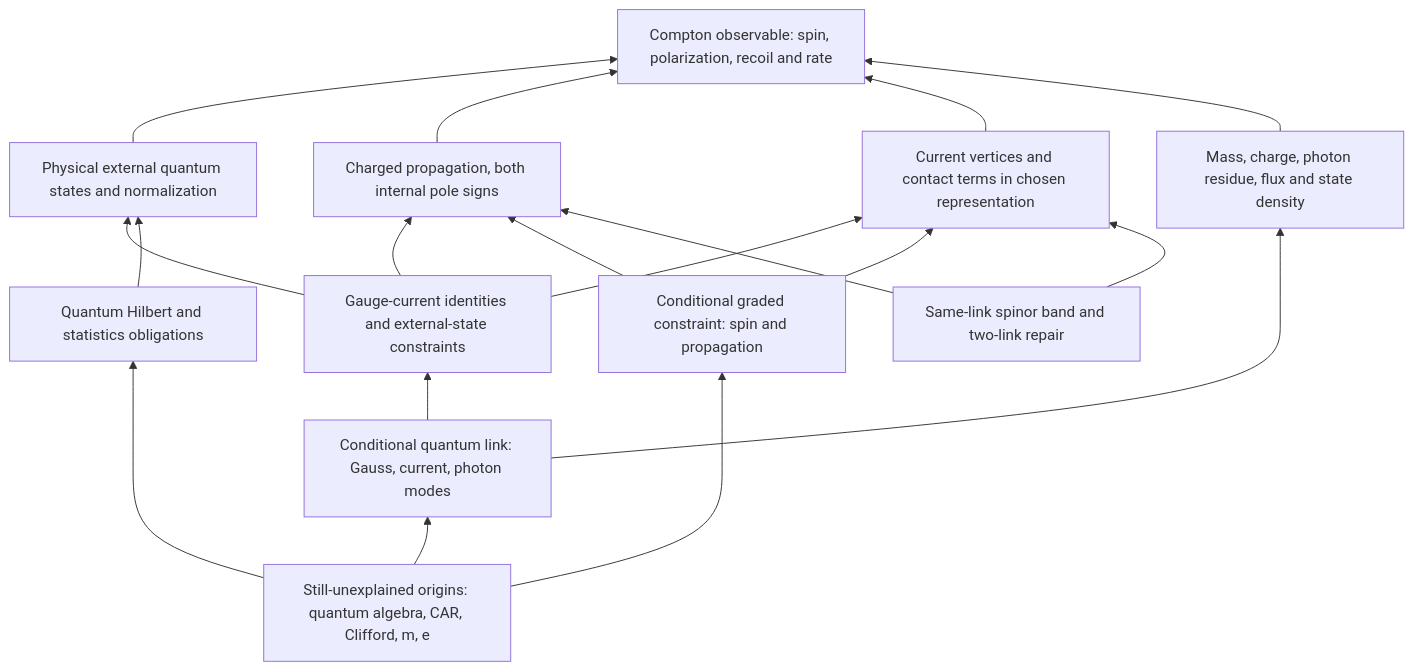
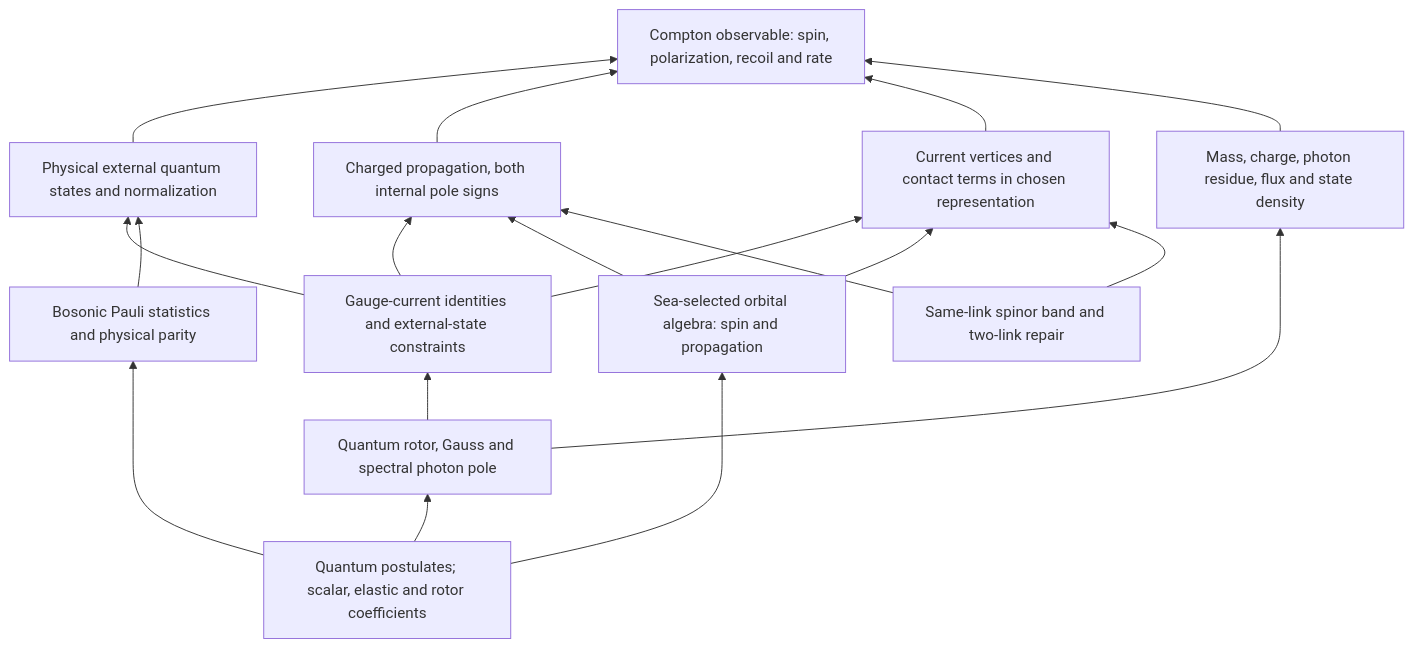
The diagram in proposals/P256-qed-backward/README.md (marvin-marbell/substrate-framework), drawn with Mermaid before and after one commit. The commit also changed other lines of this file and 13347 other files, not shown here.

````diff
--- a/proposals/P256-qed-backward/README.md
+++ b/proposals/P256-qed-backward/README.md
@@ -35,21 +403,21 @@
 ```mermaid
 flowchart BT
   X[Compton observable: spin, polarization, recoil and rate]
   S[Physical external quantum states and normalization] --> X
   P[Charged propagation, both internal pole signs] --> X
   V[Current vertices and contact terms in chosen representation] --> X
   N[Mass, charge, photon residue, flux and state density] --> X
   W[Gauge-current identities and external-state constraints] --> P
   W --> V
   W --> S
-  Q[Quantum Hilbert and statistics obligations] --> S
-  C[Conditional graded constraint: spin and propagation] --> P
+  Q[Bosonic Pauli statistics and physical parity] --> S
+  C[Sea-selected orbital algebra: spin and propagation] --> P
   C --> V
-  G[Conditional quantum link: Gauss, current, photon modes] --> W
+  G[Quantum rotor, Gauss and spectral photon pole] --> W
   G --> N
   L[Same-link spinor band and two-link repair] --> P
   L --> V
-  U[Still-unexplained origins: quantum algebra, CAR, Clifford, m, e] --> Q
+  U[Quantum postulates; scalar, elastic and rotor coefficients] --> Q
   U --> C
   U --> G
 ```
````
